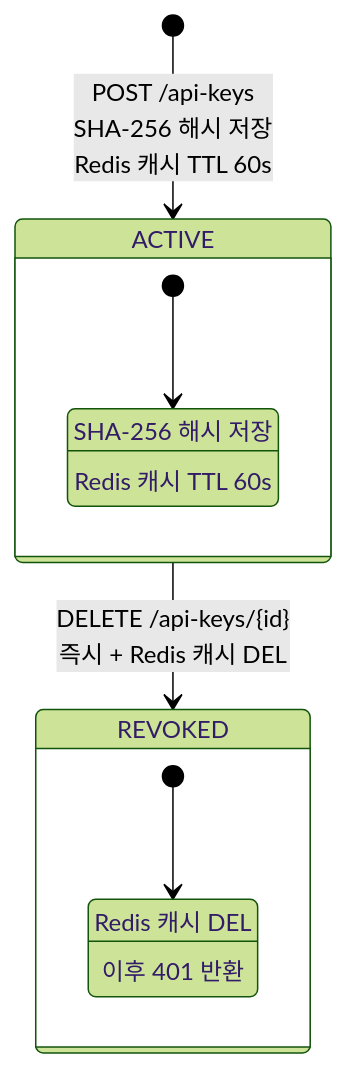
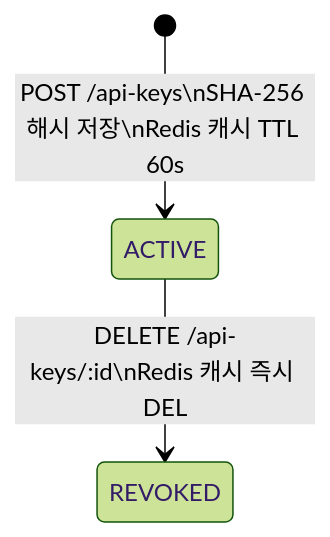
One commit to S-Onix/queue-platform changed the third of 3 diagrams in doc/STATE.md. Above: the diagram before and after it, drawn with Mermaid (forest theme). The commit also changed other lines of this file and 7 other files, not shown here.

````diff
--- a/doc/STATE.md
+++ b/doc/STATE.md
@@ -85,18 +86,6 @@
 ```mermaid
 stateDiagram-v2
-    [*] --> ACTIVE : POST /api-keys<br/>SHA-256 해시 저장<br/>Redis 캐시 TTL 60s
+    [*] --> ACTIVE : POST /api-keys\nSHA-256 해시 저장\nRedis 캐시 TTL 60s
 
-    ACTIVE --> REVOKED : DELETE /api-keys/{id}<br/>즉시 + Redis 캐시 DEL
-
-    state ACTIVE {
-        [*] --> 정상운영
-        정상운영 : SHA-256 해시 저장
-        정상운영 : Redis 캐시 TTL 60s
-    }
-
-    state REVOKED {
-        [*] --> 즉시무효화
-        즉시무효화 : Redis 캐시 DEL
-        즉시무효화 : 이후 401 반환
-    }
+    ACTIVE --> REVOKED : DELETE /api-keys/:id\nRedis 캐시 즉시 DEL
 ```
````
